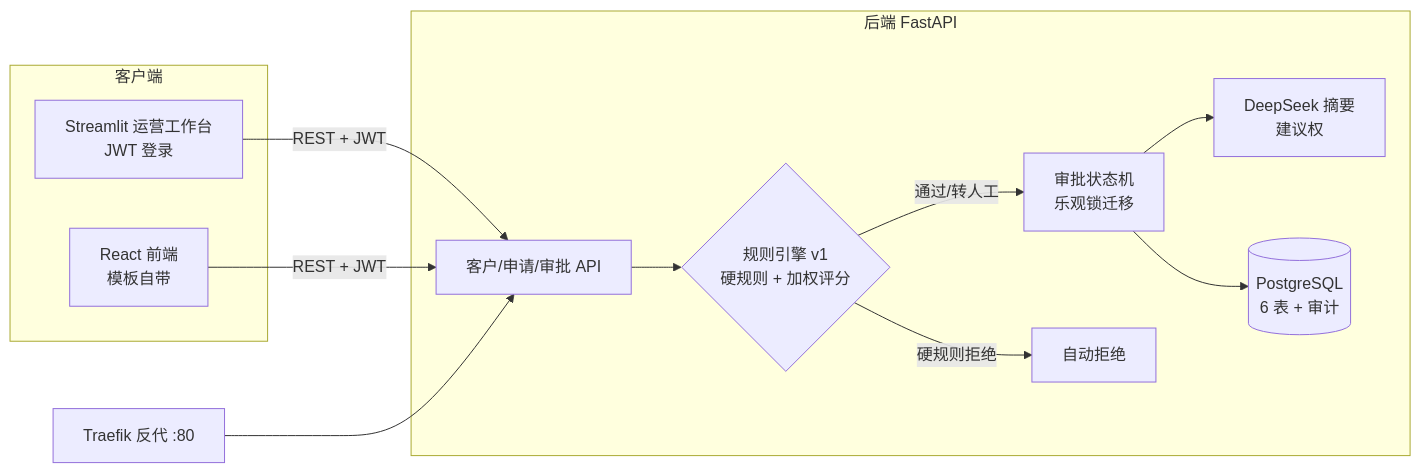
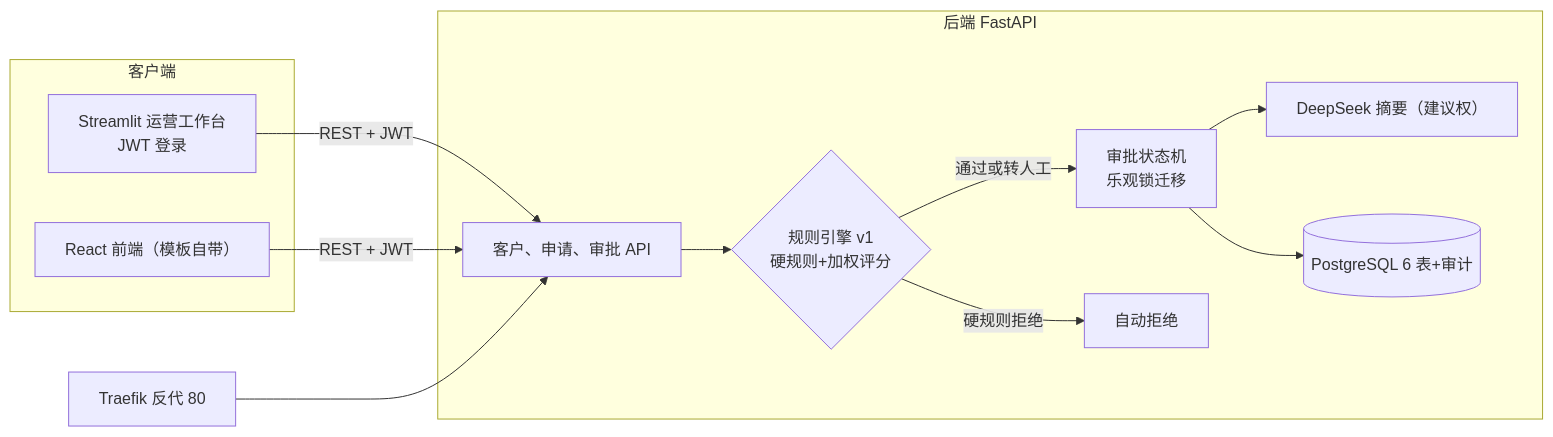
The first of 3 diagrams in README.md (jasmine-crate/credit-approval-system), drawn with Mermaid before and after one commit. The commit also changed other lines of this file, not shown here.

First line of the commit message:
docs: make mermaid diagrams render on GitHub

````diff
--- a/README.md
+++ b/README.md
@@ -24,17 +24,17 @@
 ```mermaid
 flowchart LR
-    subgraph 客户端
-        W[Streamlit 运营工作台<br>JWT 登录]
-        B[React 前端<br>模板自带]
+    subgraph CLIENT["客户端"]
+        W["Streamlit 运营工作台<br/>JWT 登录"]
+        B["React 前端（模板自带）"]
     end
-    subgraph 后端 FastAPI
-        A[客户/申请/审批 API] --> E{规则引擎 v1<br>硬规则 + 加权评分}
-        E -->|通过/转人工| F[审批状态机<br>乐观锁迁移]
-        E -->|硬规则拒绝| R[自动拒绝]
-        F --> L[DeepSeek 摘要<br>建议权]
-        F --> D[(PostgreSQL<br>6 表 + 审计)]
+    subgraph BACKEND["后端 FastAPI"]
+        A["客户、申请、审批 API"] --> E{"规则引擎 v1<br/>硬规则+加权评分"}
+        E -->|"通过或转人工"| F["审批状态机<br/>乐观锁迁移"]
+        E -->|"硬规则拒绝"| R["自动拒绝"]
+        F --> L["DeepSeek 摘要（建议权）"]
+        F --> D[("PostgreSQL 6 表+审计")]
     end
-    W -->|REST + JWT| A
-    B -->|REST + JWT| A
-    T[Traefik 反代 :80] --> A
+    W -->|"REST + JWT"| A
+    B -->|"REST + JWT"| A
+    T["Traefik 反代 80"] --> A
 ```
````
